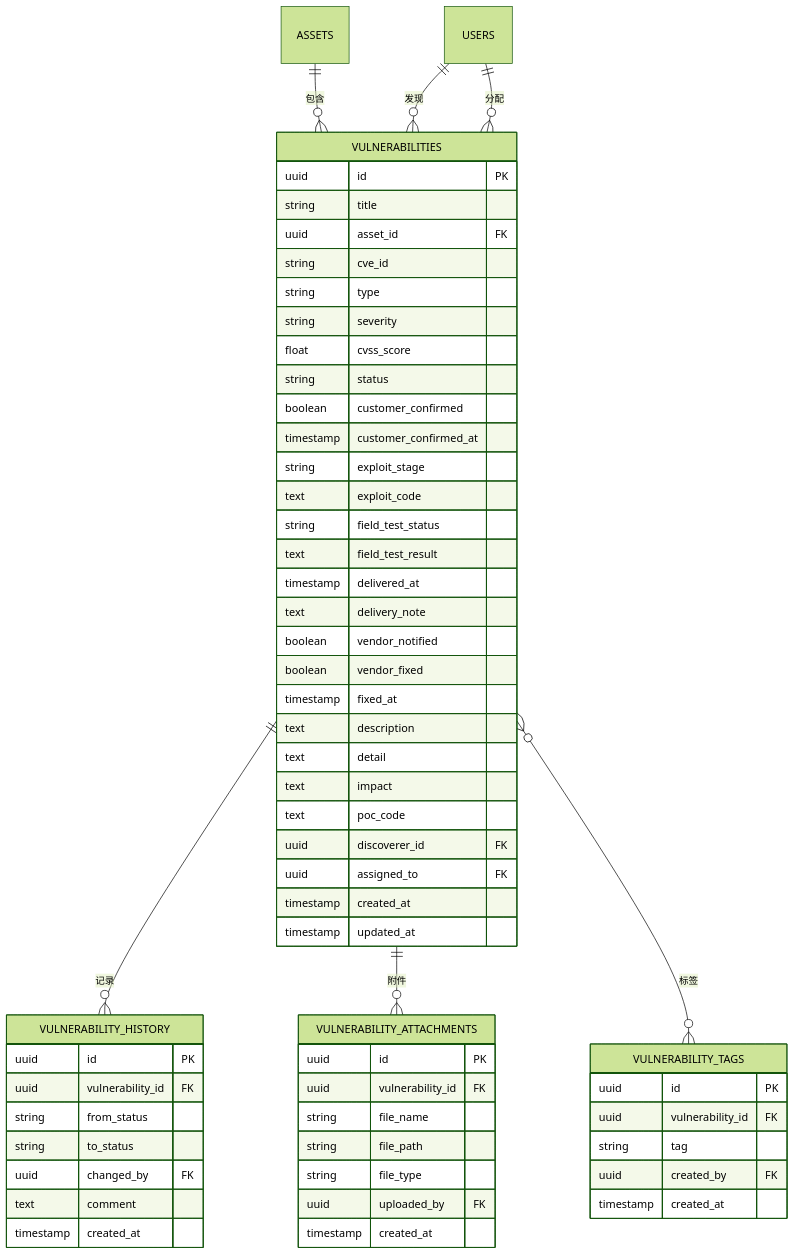
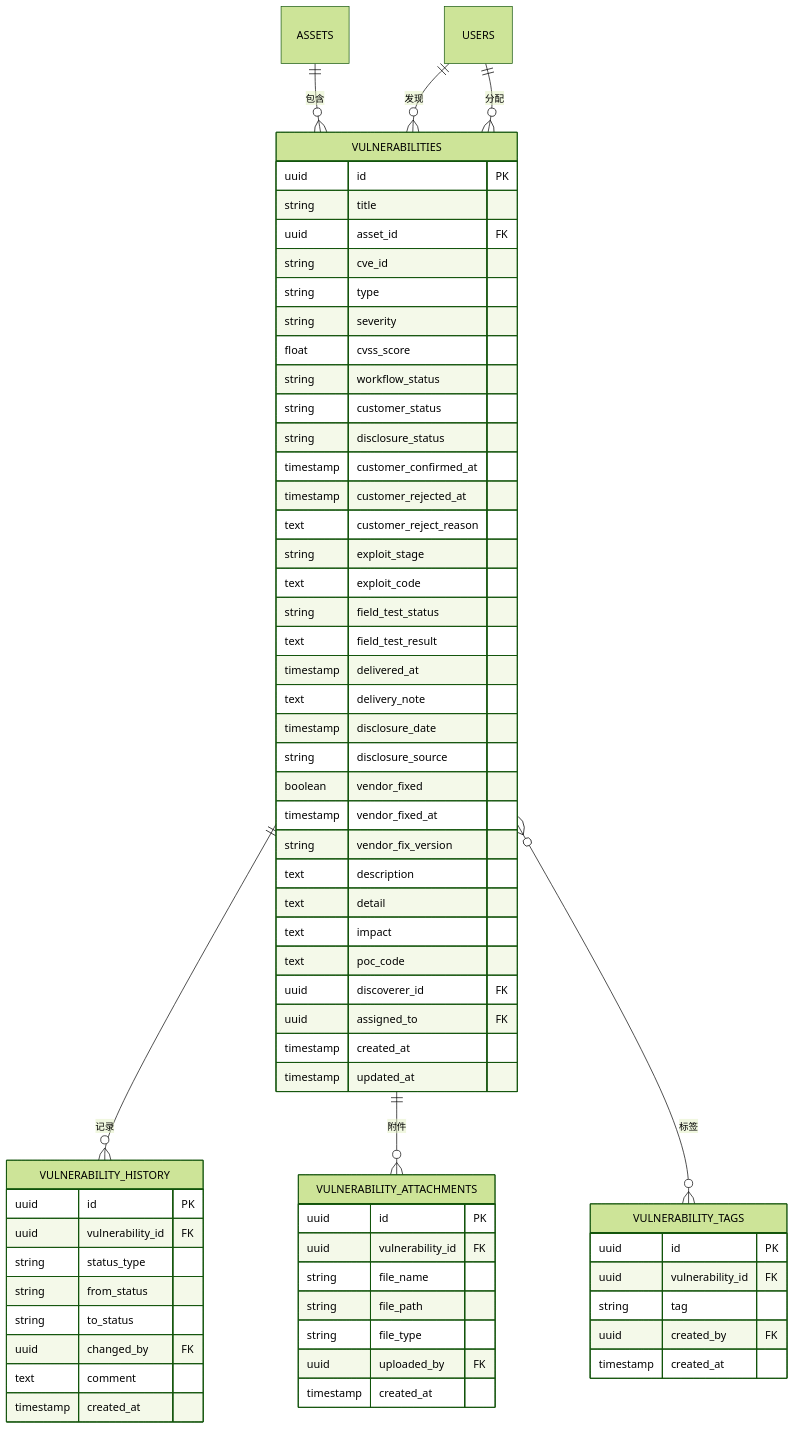
The second of 12 diagrams in docs/design/er_diagram.md (dayutech/Vuln-Audit-Lifecycle-Management), drawn with Mermaid (forest theme) before and after one commit. The commit also changed other lines of this file and 206 other files, not shown here.

````diff
--- a/docs/design/er_diagram.md
+++ b/docs/design/er_diagram.md
@@ -188,67 +208,73 @@
 ```mermaid
 erDiagram
     ASSETS ||--o{ VULNERABILITIES : "包含"
     USERS ||--o{ VULNERABILITIES : "发现"
     USERS ||--o{ VULNERABILITIES : "分配"
     VULNERABILITIES ||--o{ VULNERABILITY_HISTORY : "记录"
     VULNERABILITIES ||--o{ VULNERABILITY_ATTACHMENTS : "附件"
     VULNERABILITIES }o--o{ VULNERABILITY_TAGS : "标签"
     
     VULNERABILITIES {
         uuid id PK
         string title
         uuid asset_id FK
         string cve_id
         string type
         string severity
         float cvss_score
-        string status
-        boolean customer_confirmed
+        string workflow_status
+        string customer_status
+        string disclosure_status
         timestamp customer_confirmed_at
+        timestamp customer_rejected_at
+        text customer_reject_reason
         string exploit_stage
         text exploit_code
         string field_test_status
         text field_test_result
         timestamp delivered_at
         text delivery_note
-        boolean vendor_notified
+        timestamp disclosure_date
+        string disclosure_source
         boolean vendor_fixed
-        timestamp fixed_at
+        timestamp vendor_fixed_at
+        string vendor_fix_version
         text description
         text detail
         text impact
         text poc_code
         uuid discoverer_id FK
         uuid assigned_to FK
         timestamp created_at
         timestamp updated_at
     }
     
     VULNERABILITY_HISTORY {
         uuid id PK
         uuid vulnerability_id FK
+        string status_type
         string from_status
         string to_status
         uuid changed_by FK
         text comment
         timestamp created_at
     }
     
     VULNERABILITY_ATTACHMENTS {
         uuid id PK
         uuid vulnerability_id FK
         string file_name
         string file_path
         string file_type
         uuid uploaded_by FK
         timestamp created_at
     }
     
     VULNERABILITY_TAGS {
         uuid id PK
         uuid vulnerability_id FK
         string tag
         uuid created_by FK
         timestamp created_at
     }
 ```
````
